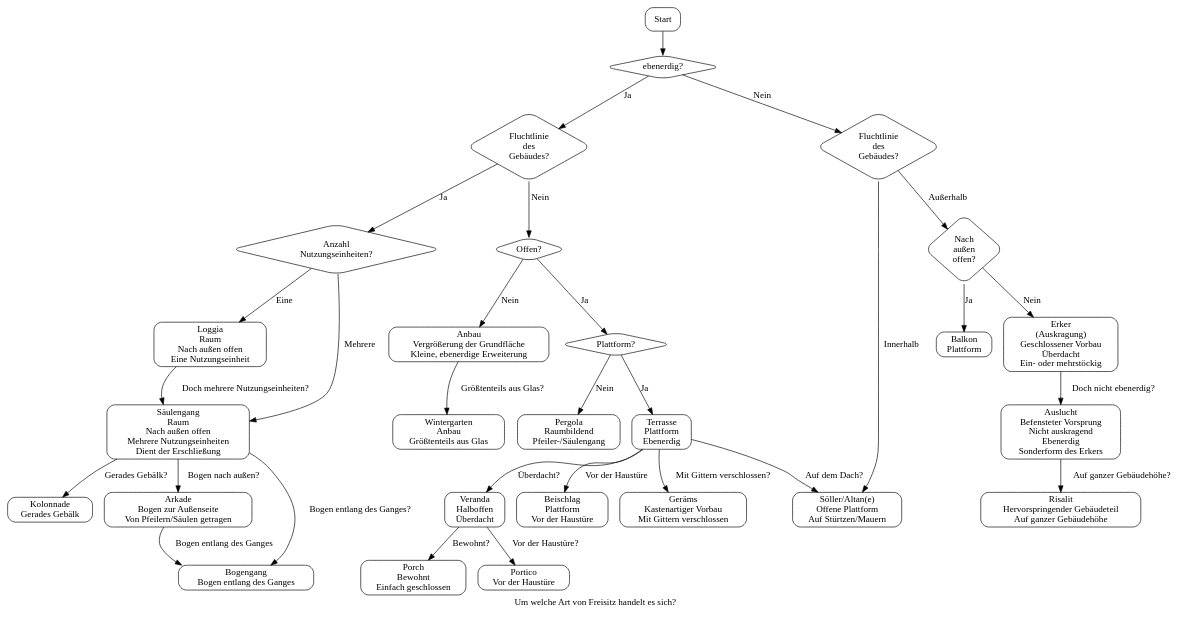
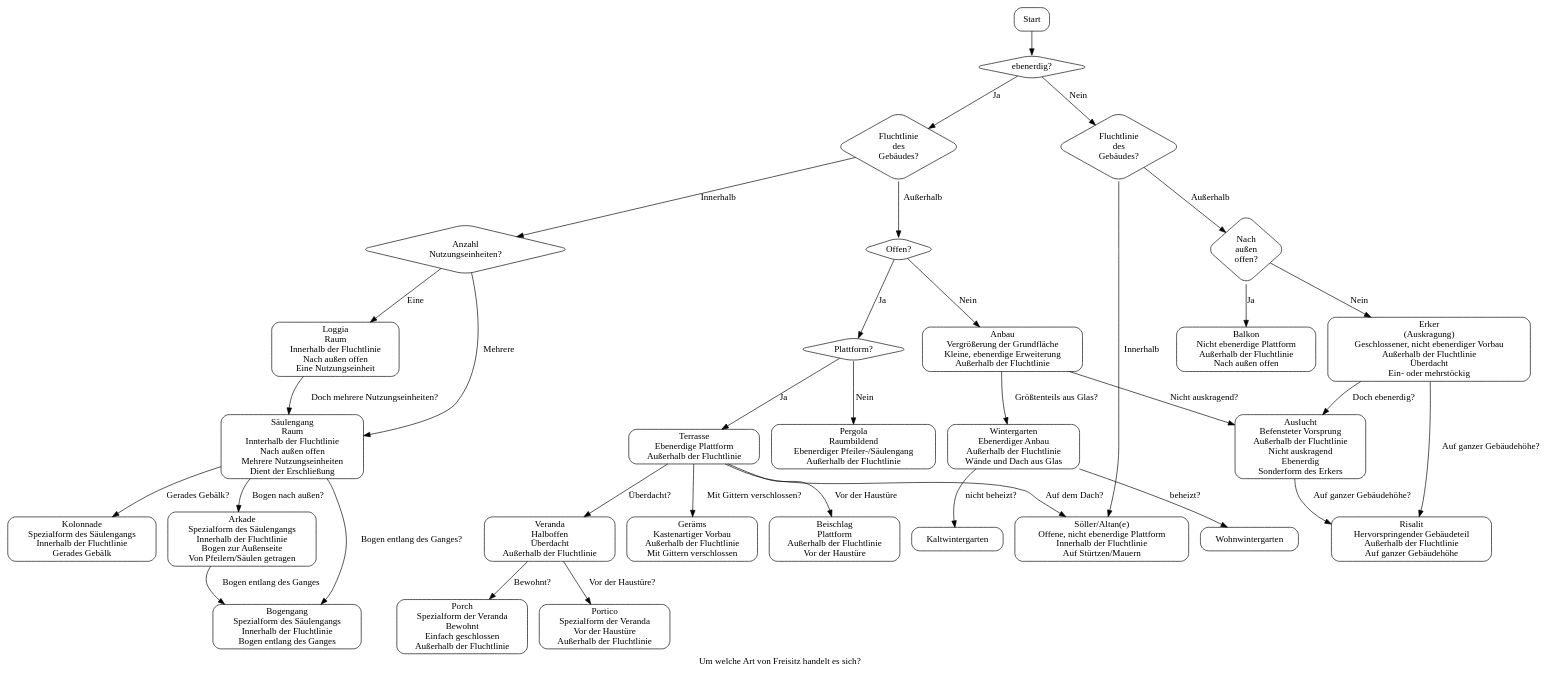
The diagram in freisitz.dot (nicholasdille/freisitz), drawn with Graphviz before and after one commit.

```diff
--- a/freisitz.dot
+++ b/freisitz.dot
@@ -1,64 +1,70 @@
 #!dot
 digraph {
     label="Um welche Art von Freisitz handelt es sich?";
 
     # Knoten
     node[shape="box", style="rounded"] Start;
     node[shape="diamond" label="ebenerdig?"] if_ebenerdig;
     node[shape="diamond" label="Fluchtlinie\ndes\nGebäudes?"] if_ebenerdig_fluchtlinie;
     node[shape="diamond" label="Anzahl\nNutzungseinheiten?"] if_ebenerdig_innerhalb_fluchtlinie_nutzungseinheiten;
     node[shape="diamond" label="Offen?"] if_ebenerdig_außerhalbhalb_fluchtlinie_offen;
     node[shape="diamond" label="Plattform?"] if_ebenerdig_außerhalbhalb_fluchtlinie_teilweise_offen_plattform;
     node[shape="diamond" label="Fluchtlinie\ndes\nGebäudes?"] if_nicht_ebenerdig_fluchtlinie;
     node[shape="diamond" label="Nach\naußen\noffen?"] if_nicht_ebenerdig_außerhalb_fluchtlinie_offen;
-    node[shape="box", style="rounded", label="Söller/Altan(e)\nOffene Plattform\nAuf Stürtzen/Mauern" URL="https://de.wikipedia.org/wiki/S%C3%B6ller"] Söller;
-    node[shape="box", style="rounded", label="Balkon\nPlattform" URL="https://de.wikipedia.org/wiki/Balkon"] Balkon;
-    node[shape="box", style="rounded", label="Erker\n(Auskragung)\nGeschlossener Vorbau\nÜberdacht\nEin- oder mehrstöckig" URL="https://de.wikipedia.org/wiki/Erker"] Erker;
-    node[shape="box", style="rounded", label="Auslucht\nBefensteter Vorsprung\nNicht auskragend\nEbenerdig\nSonderform des Erkers" URL="https://de.wikipedia.org/wiki/Auslucht"] Auslucht;
-    node[shape="box", style="rounded", label="Risalit\nHervorspringender Gebäudeteil\nAuf ganzer Gebäudehöhe" URL="https://de.wikipedia.org/wiki/Risalit"] Risalit;
-    node[shape="box", style="rounded", label="Terrasse\nPlattform\nEbenerdig" URL="https://de.wikipedia.org/wiki/Terrasse_(Architektur)"] Terrasse;
-    node[shape="box", style="rounded", label="Anbau\nVergrößerung der Grundfläche\nKleine, ebenerdige Erweiterung" URL="https://de.wikipedia.org/wiki/Anbau_(Geb%C3%A4ude)"] Anbau;
-    node[shape="box", style="rounded", label="Pergola\nRaumbildend\nPfeiler-/Säulengang" URL="https://de.wikipedia.org/wiki/Pergola"] Pergola;
-    node[shape="box", style="rounded", label="Veranda\nHalboffen\nÜberdacht" URL="https://de.wikipedia.org/wiki/Veranda"] Veranda;
-    node[shape="box", style="rounded", label="Porch\nBewohnt\nEinfach geschlossen"] Porch;
-    node[shape="box", style="rounded", label="Portico\nVor der Haustüre"] Portico;
-    node[shape="box", style="rounded", label="Beischlag\nPlattform\nVor der Haustüre" URL="https://de.wikipedia.org/wiki/Beischlag"] Beischlag;
-    node[shape="box", style="rounded", label="Wintergarten\nAnbau\nGrößtenteils aus Glas" URL="https://de.wikipedia.org/wiki/Wintergarten"] Wintergarten;
-    node[shape="box", style="rounded", label="Geräms\nKastenartiger Vorbau\nMit Gittern verschlossen" URL="https://de.wikipedia.org/wiki/Ger%C3%A4ms"] Geräms;
-    node[shape="box", style="rounded", label="Loggia\nRaum\nNach außen offen\nEine Nutzungseinheit" URL="https://de.wikipedia.org/wiki/Loggia"] Loggia;
-    node[shape="box", style="rounded", label="Säulengang\nRaum\nNach außen offen\nMehrere Nutzungseinheiten\nDient der Erschließung"] Säulengang;
-    node[shape="box", style="rounded", label="Kolonnade\nGerades Gebälk" URL="https://de.wikipedia.org/wiki/Kolonnade"] Kolonnade;
-    node[shape="box", style="rounded", label="Arkade\nBogen zur Außenseite\nVon Pfeilern/Säulen getragen" URL="https://de.wikipedia.org/wiki/Arkade"] Arkade;
-    node[shape="box", style="rounded", label="Bogengang\nBogen entlang des Ganges" URL="https://de.wikipedia.org/wiki/Bogengang_(Architektur)"] Bogengang;
+    node[shape="box", style="rounded", label="Söller/Altan(e)\nOffene, nicht ebenerdige Plattform\nInnerhalb der Fluchtlinie\nAuf Stürtzen/Mauern" URL="https://de.wikipedia.org/wiki/S%C3%B6ller"] Söller;
+    node[shape="box", style="rounded", label="Balkon\nNicht ebenerdige Plattform\nAußerhalb der Fluchtlinie\nNach außen offen" URL="https://de.wikipedia.org/wiki/Balkon"] Balkon;
+    node[shape="box", style="rounded", label="Erker\n(Auskragung)\nGeschlossener, nicht ebenerdiger Vorbau\nAußerhalb der Fluchtlinie\nÜberdacht\nEin- oder mehrstöckig" URL="https://de.wikipedia.org/wiki/Erker"] Erker;
+    node[shape="box", style="rounded", label="Auslucht\nBefensteter Vorsprung\nAußerhalb der Fluchtlinie\nNicht auskragend\nEbenerdig\nSonderform des Erkers" URL="https://de.wikipedia.org/wiki/Auslucht"] Auslucht;
+    node[shape="box", style="rounded", label="Risalit\nHervorspringender Gebäudeteil\nAußerhalb der Fluchtlinie\nAuf ganzer Gebäudehöhe" URL="https://de.wikipedia.org/wiki/Risalit"] Risalit;
+    node[shape="box", style="rounded", label="Terrasse\nEbenerdige Plattform\nAußerhalb der Fluchtlinie" URL="https://de.wikipedia.org/wiki/Terrasse_(Architektur)"] Terrasse;
+    node[shape="box", style="rounded", label="Anbau\nVergrößerung der Grundfläche\nKleine, ebenerdige Erweiterung\nAußerhalb der Fluchtlinie" URL="https://de.wikipedia.org/wiki/Anbau_(Geb%C3%A4ude)"] Anbau;
+    node[shape="box", style="rounded", label="Pergola\nRaumbildend\nEbenerdiger Pfeiler-/Säulengang\nAußerhalb der Fluchtlinie" URL="https://de.wikipedia.org/wiki/Pergola"] Pergola;
+    node[shape="box", style="rounded", label="Veranda\nHalboffen\nÜberdacht\nAußerhalb der Fluchtlinie" URL="https://de.wikipedia.org/wiki/Veranda"] Veranda;
+    node[shape="box", style="rounded", label="Porch\nSpezialform der Veranda\nBewohnt\nEinfach geschlossen\nAußerhalb der Fluchtlinie"] Porch;
+    node[shape="box", style="rounded", label="Portico\nSpezialform der Veranda\nVor der Haustüre\nAußerhalb der Fluchtlinie"] Portico;
+    node[shape="box", style="rounded", label="Beischlag\nPlattform\nAußerhalb der Fluchtlinie\nVor der Haustüre" URL="https://de.wikipedia.org/wiki/Beischlag"] Beischlag;
+    node[shape="box", style="rounded", label="Wintergarten\nEbenerdiger Anbau\nAußerhalb der Fluchtlinie\nWände und Dach aus Glas" URL="https://de.wikipedia.org/wiki/Wintergarten"] Wintergarten;
+    node[shape="box", style="rounded", label="Geräms\nKastenartiger Vorbau\nAußerhalb der Fluchtlinie\nMit Gittern verschlossen" URL="https://de.wikipedia.org/wiki/Ger%C3%A4ms"] Geräms;
+    node[shape="box", style="rounded", label="Loggia\nRaum\nInnerhalb der Fluchtlinie\nNach außen offen\nEine Nutzungseinheit" URL="https://de.wikipedia.org/wiki/Loggia"] Loggia;
+    node[shape="box", style="rounded", label="Säulengang\nRaum\nInnterhalb der Fluchtlinie\nNach außen offen\nMehrere Nutzungseinheiten\nDient der Erschließung"] Säulengang;
+    node[shape="box", style="rounded", label="Kolonnade\nSpezialform des Säulengangs\nInnerhalb der Fluchtlinie\nGerades Gebälk" URL="https://de.wikipedia.org/wiki/Kolonnade"] Kolonnade;
+    node[shape="box", style="rounded", label="Arkade\nSpezialform des Säulengangs\nInnerhalb der Fluchtlinie\nBogen zur Außenseite\nVon Pfeilern/Säulen getragen" URL="https://de.wikipedia.org/wiki/Arkade"] Arkade;
+    node[shape="box", style="rounded", label="Bogengang\nSpezialform des Säulengangs\nInnerhalb der Fluchtlinie\nBogen entlang des Ganges" URL="https://de.wikipedia.org/wiki/Bogengang_(Architektur)"] Bogengang;
+    node[shape="box", style="rounded", label="Wohnwintergarten"] Wohnwintergarten;
+    node[shape="box", style="rounded", label="Kaltwintergarten"] Kaltwintergarten;
 
     # Kanten
     Start -> if_ebenerdig;
     if_ebenerdig -> if_ebenerdig_fluchtlinie [label="Ja"];
     if_ebenerdig -> if_nicht_ebenerdig_fluchtlinie [label="Nein"];
-    if_ebenerdig_fluchtlinie -> if_ebenerdig_innerhalb_fluchtlinie_nutzungseinheiten [label="Ja"];
-    if_ebenerdig_fluchtlinie -> if_ebenerdig_außerhalbhalb_fluchtlinie_offen [label="Nein"];
+    if_ebenerdig_fluchtlinie -> if_ebenerdig_innerhalb_fluchtlinie_nutzungseinheiten [label="Innerhalb"];
+    if_ebenerdig_fluchtlinie -> if_ebenerdig_außerhalbhalb_fluchtlinie_offen [label="Außerhalb"];
     if_ebenerdig_außerhalbhalb_fluchtlinie_offen -> Anbau [label="Nein"];
     if_ebenerdig_außerhalbhalb_fluchtlinie_offen -> if_ebenerdig_außerhalbhalb_fluchtlinie_teilweise_offen_plattform [label="Ja"];
     if_ebenerdig_außerhalbhalb_fluchtlinie_teilweise_offen_plattform -> Pergola [label="Nein"]
     if_ebenerdig_außerhalbhalb_fluchtlinie_teilweise_offen_plattform -> Terrasse [label="Ja"]
     if_ebenerdig_innerhalb_fluchtlinie_nutzungseinheiten -> Loggia [label="Eine"];
     if_ebenerdig_innerhalb_fluchtlinie_nutzungseinheiten -> Säulengang [label="Mehrere"];
     if_nicht_ebenerdig_fluchtlinie -> Söller [label="Innerhalb"];
     if_nicht_ebenerdig_fluchtlinie -> if_nicht_ebenerdig_außerhalb_fluchtlinie_offen [label="Außerhalb"];
     if_nicht_ebenerdig_außerhalb_fluchtlinie_offen -> Balkon [label="Ja"];
     if_nicht_ebenerdig_außerhalb_fluchtlinie_offen -> Erker [label="Nein"];
-    Erker -> Auslucht [label="Doch nicht ebenerdig?"];
+    Erker -> Auslucht [label="Doch ebenerdig?"];
+    Erker -> Risalit [label="Auf ganzer Gebäudehöhe?"];
     Terrasse -> Söller [label="Auf dem Dach?"];
     Terrasse -> Veranda [label="Überdacht?"];
     Veranda -> Porch [label="Bewohnt?"];
     Veranda -> Portico [label="Vor der Haustüre?"];
     Terrasse -> Beischlag [label="Vor der Haustüre"];
     Terrasse -> Geräms [label="Mit Gittern verschlossen?"];
     Anbau -> Wintergarten [label="Größtenteils aus Glas?"];
+    Anbau -> Auslucht [label="Nicht auskragend?"];
     Auslucht -> Risalit [label="Auf ganzer Gebäudehöhe?"];
     Säulengang -> Kolonnade [label="Gerades Gebälk?"];
     Säulengang -> Arkade [label="Bogen nach außen?"];
     Säulengang -> Bogengang[label="Bogen entlang des Ganges?"];
     Arkade -> Bogengang [label="Bogen entlang des Ganges"];
     Loggia -> Säulengang [label="Doch mehrere Nutzungseinheiten?"];
+    Wintergarten -> Wohnwintergarten [label="beheizt?"];
+    Wintergarten -> Kaltwintergarten [label="nicht beheizt?"];
 }
```
